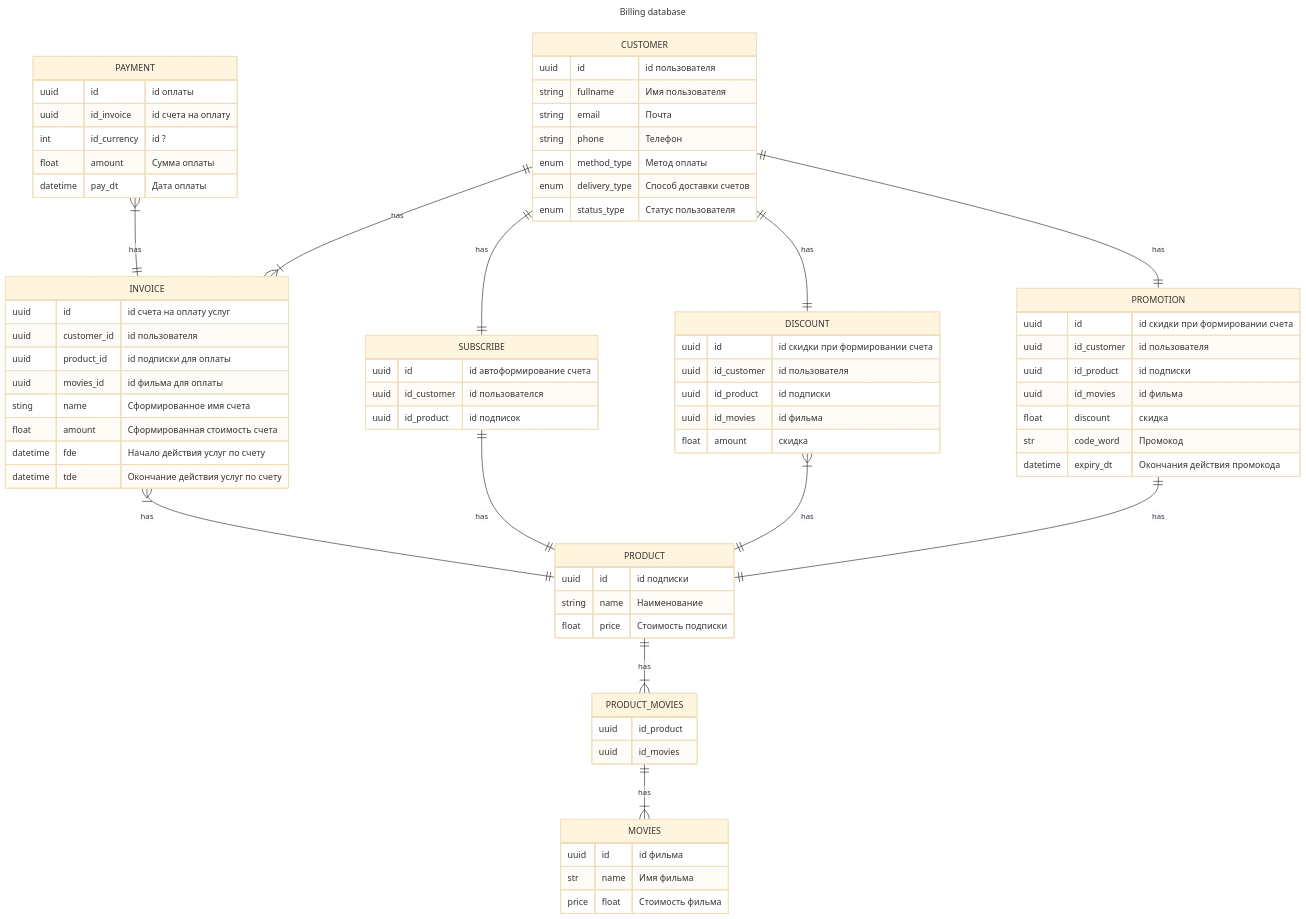
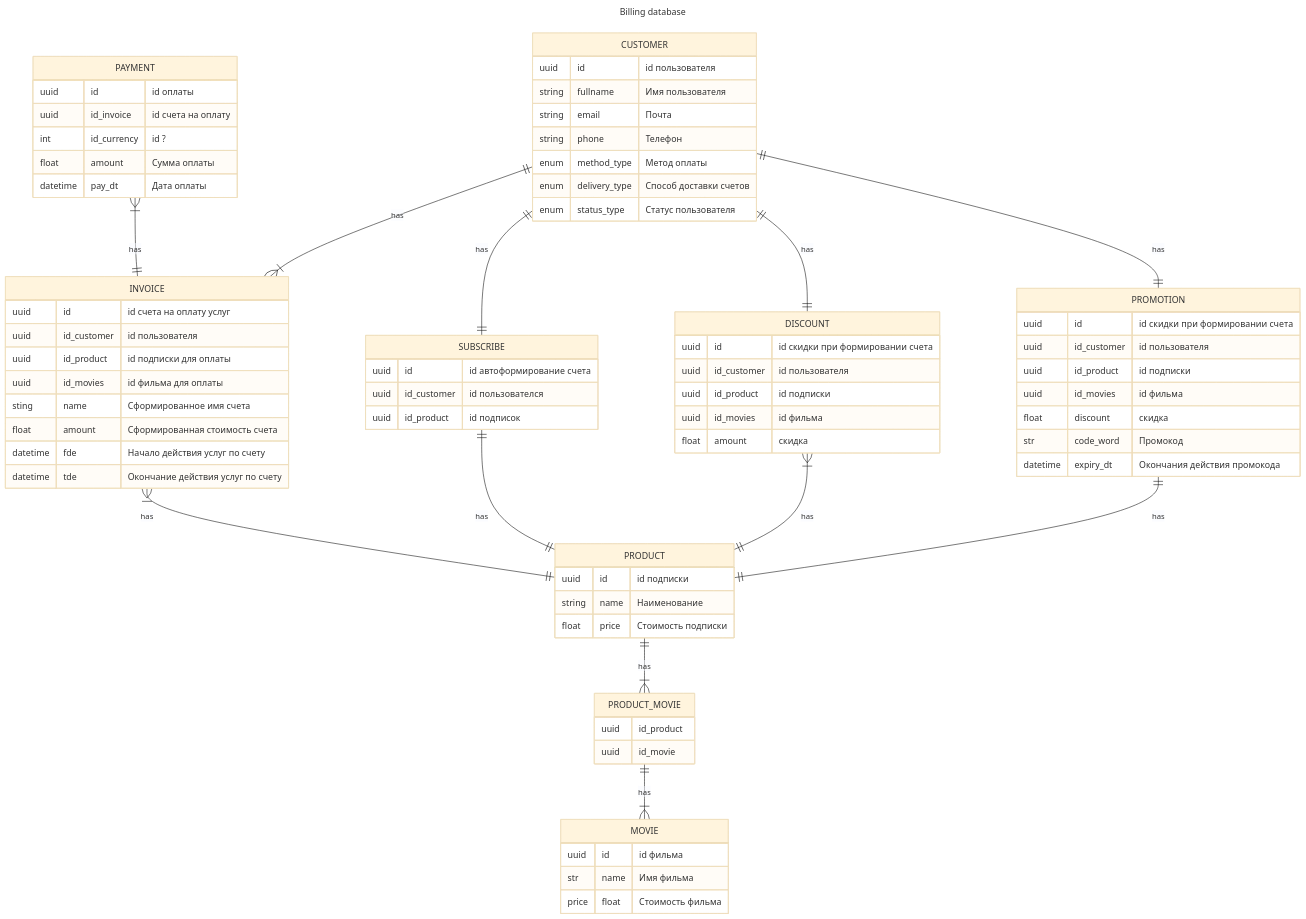
The diagram in architecture/er-billing.md (fall3nangel/Billing_Stripe), drawn with Mermaid (base theme) before and after one commit.

Commit message:
change movies to movie

````diff
--- a/architecture/er-billing.md
+++ b/architecture/er-billing.md
@@ -1,80 +1,80 @@
 ```mermaid
 ---
 title: Billing database
 ---
 erDiagram
 CUSTOMER {
     uuid id "id пользователя"
     string fullname "Имя пользователя"
     string email "Почта"
     string phone "Телефон"
     enum method_type "Метод оплаты"
     enum delivery_type "Способ доставки счетов"
     enum status_type "Статус пользователя"
 }
 PAYMENT {
     uuid id "id оплаты"
     uuid id_invoice "id счета на оплату"
     int id_currency "id ?"
     float amount "Сумма оплаты"
     datetime pay_dt "Дата оплаты"
 }
 INVOICE { 
     uuid id "id счета на оплату услуг"
-    uuid customer_id "id пользователя"
-    uuid product_id "id подписки для оплаты"
-    uuid movies_id "id фильма для оплаты"
+    uuid id_customer "id пользователя"
+    uuid id_product "id подписки для оплаты"
+    uuid id_movies "id фильма для оплаты"
     sting name "Сформированное имя счета"
     float amount "Сформированная стоимость счета"
     datetime fde "Начало действия услуг по счету"
     datetime tde "Окончание действия услуг по счету"
 }
 SUBSCRIBE {
     uuid id "id автоформирование счета"
     uuid id_customer "id пользователся"
     uuid id_product "id подписок"
 }
 DISCOUNT { 
     uuid id "id скидки при формировании счета"
     uuid id_customer "id пользователя"
     uuid id_product "id подписки"
     uuid id_movies "id фильма"
     float amount "скидка"
 }
 PROMOTION {
     uuid id "id скидки при формировании счета"
     uuid id_customer "id пользователя"
     uuid id_product "id подписки"
     uuid id_movies "id фильма"
     float discount "скидка"
     str code_word "Промокод"
     datetime expiry_dt "Окончания действия промокода"
 }
 PRODUCT {
     uuid id "id подписки" 
     string name "Наименование"
     float price "Стоимость подписки"
 }
 
-MOVIES {
+MOVIE {
     uuid id "id фильма" 
     str name "Имя фильма" 
     price float "Стоимость фильма"
 }
 
-PRODUCT_MOVIES {
+PRODUCT_MOVIE {
     uuid id_product
-    uuid id_movies
+    uuid id_movie
 }
 INVOICE }|--|| PRODUCT: has
 PAYMENT }|--|| INVOICE: has
 CUSTOMER  ||--|| PROMOTION: has
 CUSTOMER  ||--}| INVOICE: has
 CUSTOMER  ||--|| SUBSCRIBE: has
 CUSTOMER  ||--|| DISCOUNT: has
 SUBSCRIBE  ||--|| PRODUCT: has
 DISCOUNT }|--|| PRODUCT: has
 PROMOTION ||--|| PRODUCT: has
-PRODUCT ||--|{ PRODUCT_MOVIES: has
-PRODUCT_MOVIES ||--|{ MOVIES: has
+PRODUCT ||--|{ PRODUCT_MOVIE: has
+PRODUCT_MOVIE ||--|{ MOVIE: has
 ```
````
